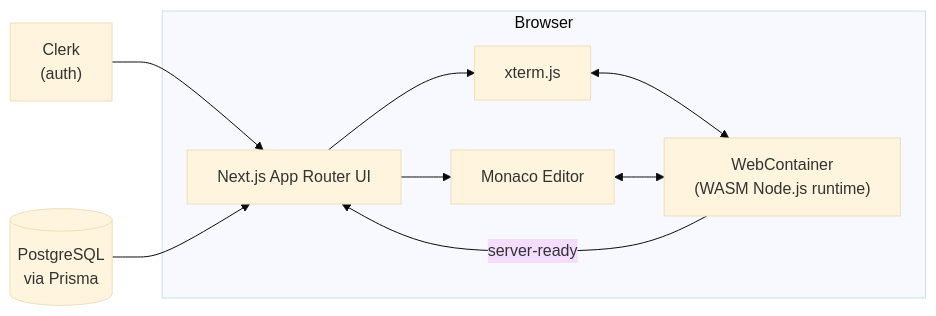
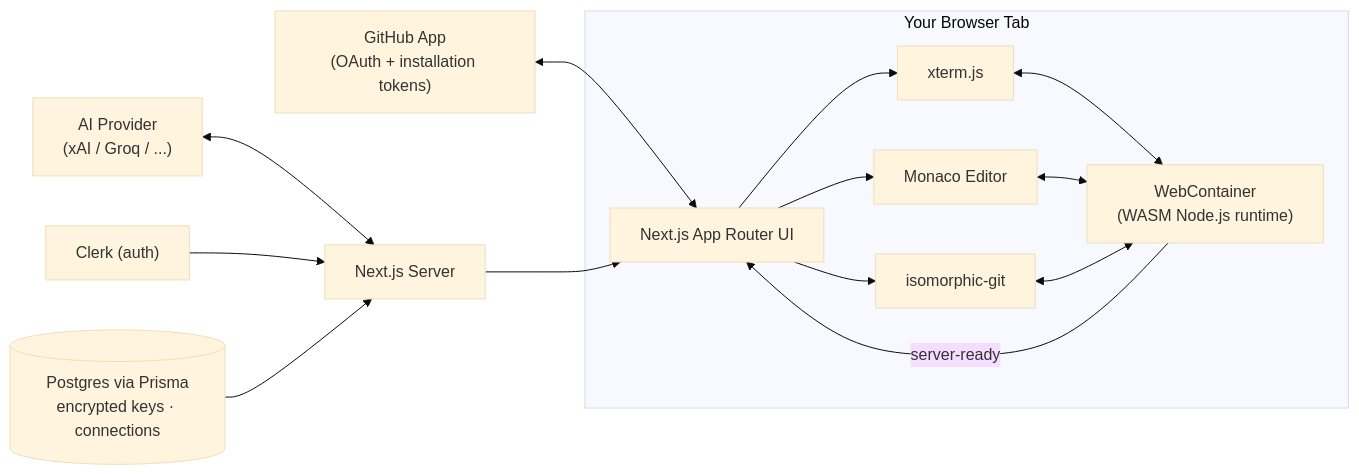
The diagram in README.md (Niket420/vibe_coding_platform), drawn with Mermaid (base theme) before and after one commit. The commit also changed other lines of this file, not shown here.

````diff
--- a/README.md
+++ b/README.md
@@ -38,18 +67,24 @@
 ```mermaid
 flowchart LR
-    subgraph Browser
+    subgraph Tab["Your Browser Tab"]
         UI["Next.js App Router UI"]
         Monaco["Monaco Editor"]
         XTerm["xterm.js"]
+        Git["isomorphic-git"]
         WC["WebContainer\n(WASM Node.js runtime)"]
 
         UI --> Monaco
         UI --> XTerm
+        UI --> Git
         XTerm <--> WC
         Monaco <--> WC
+        Git <--> WC
         WC -- "server-ready" --> UI
     end
 
-    Clerk["Clerk\n(auth)"] --> UI
-    DB[("PostgreSQL\nvia Prisma")] --> UI
+    GH["GitHub App\n(OAuth + installation tokens)"] <--> UI
+    AI["AI Provider\n(xAI / Groq / ...)"] <--> Server
+    Clerk["Clerk (auth)"] --> Server
+    DB[("Postgres via Prisma\nencrypted keys · connections")] --> Server
+    Server["Next.js Server"] --> UI
 ```
````
